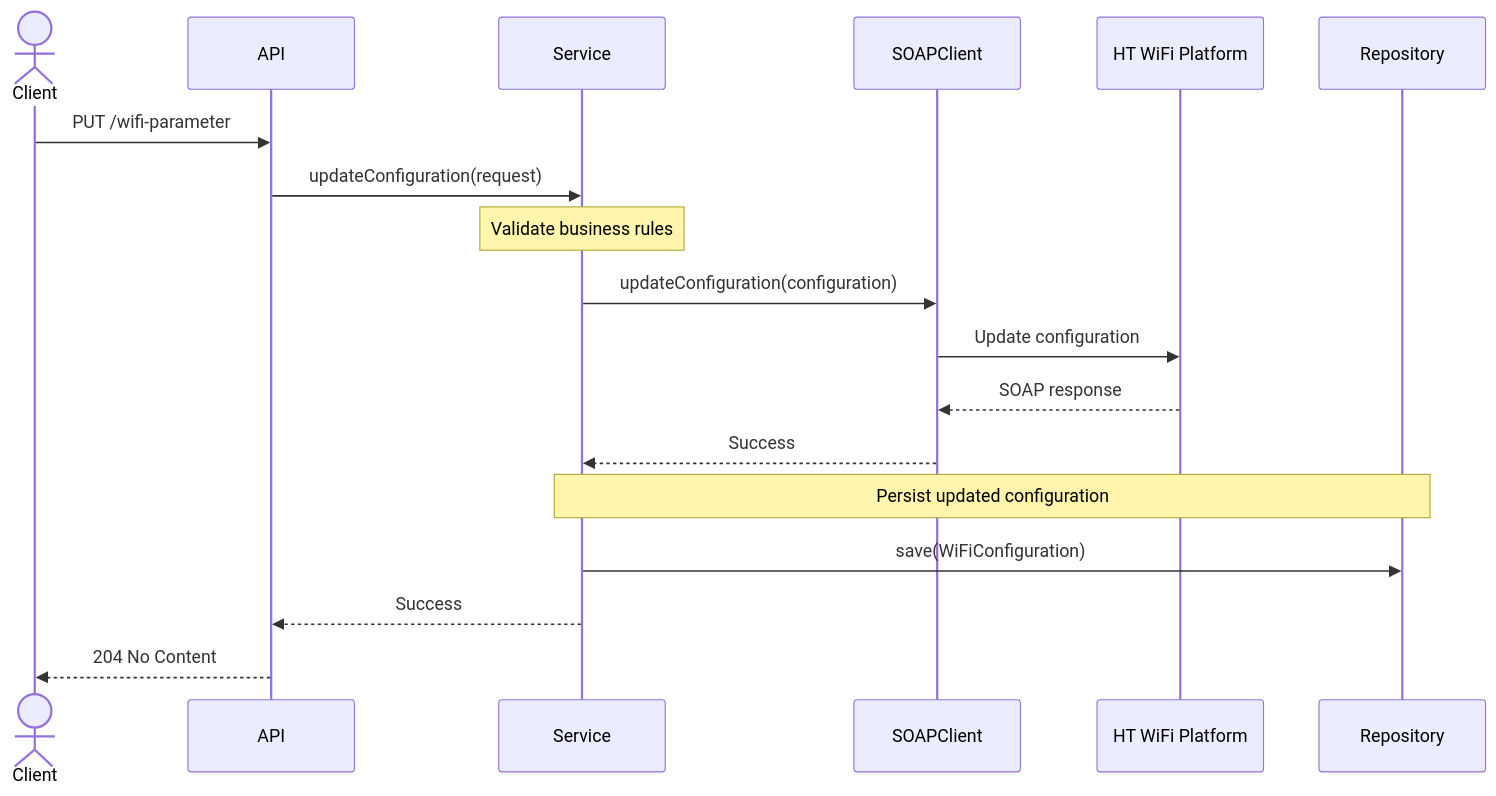
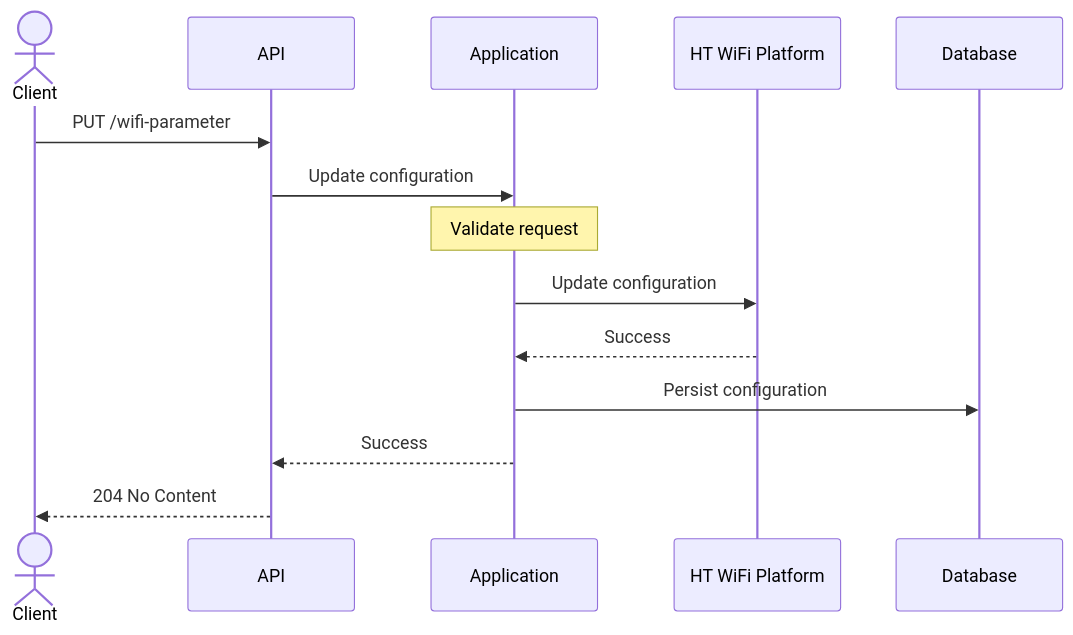
One commit to meowpow-png/wifi-admin changed the third of 4 diagrams in docs/ARCHITECTURE.md. Above: the diagram before and after it, drawn with Mermaid. The commit also changed other lines of this file and 1 other file, not shown here.

````diff
--- a/docs/ARCHITECTURE.md
+++ b/docs/ARCHITECTURE.md
@@ -123,26 +101,21 @@
 ```mermaid
 sequenceDiagram
     actor Client
     participant API
-    participant Service
-    participant SOAPClient
+    participant Application
     participant Platform as HT WiFi Platform
-    participant Repository
+    participant Database
 
     Client->>API: PUT /wifi-parameter
-    API->>Service: updateConfiguration(request)
+    API->>Application: Update configuration
 
-    Note over Service: Validate business rules
+    Note over Application: Validate request
 
-    Service->>SOAPClient: updateConfiguration(configuration)
-    SOAPClient->>Platform: Update configuration
-    Platform-->>SOAPClient: SOAP response
-    SOAPClient-->>Service: Success
+    Application->>Platform: Update configuration
+    Platform-->>Application: Success
 
-    Note over Service,Repository: Persist updated configuration
+    Application->>Database: Persist configuration
 
-    Service->>Repository: save(WiFiConfiguration)
-
-    Service-->>API: Success
+    Application-->>API: Success
     API-->>Client: 204 No Content
 ```
````
